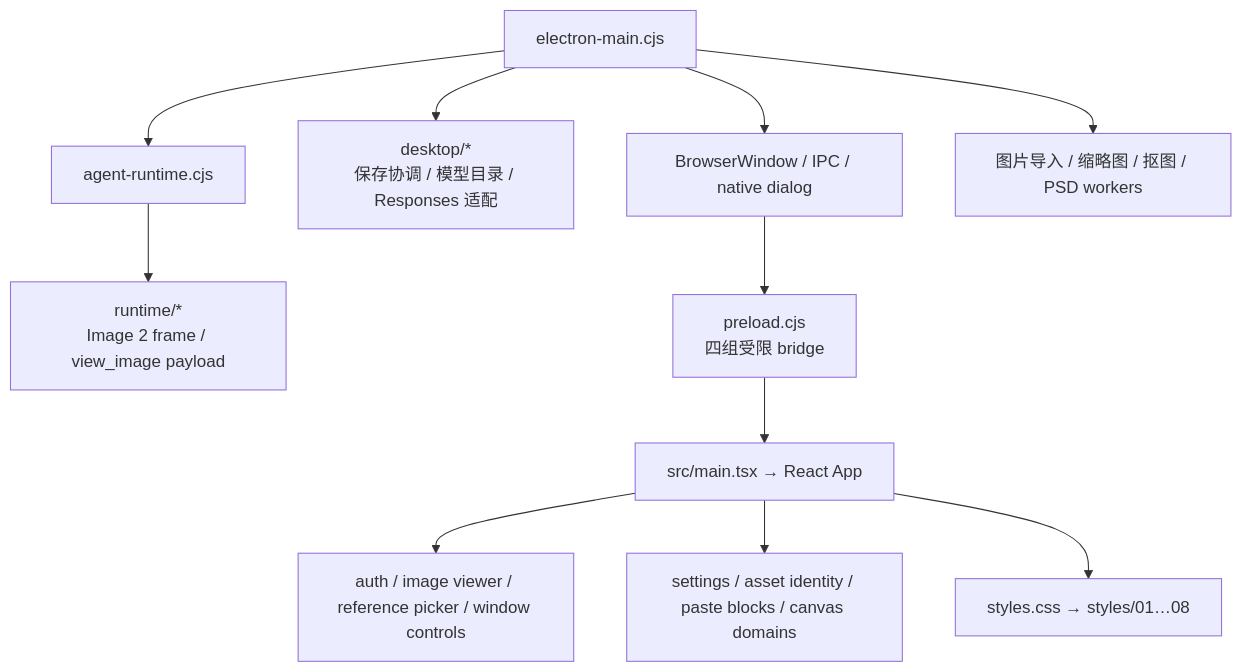
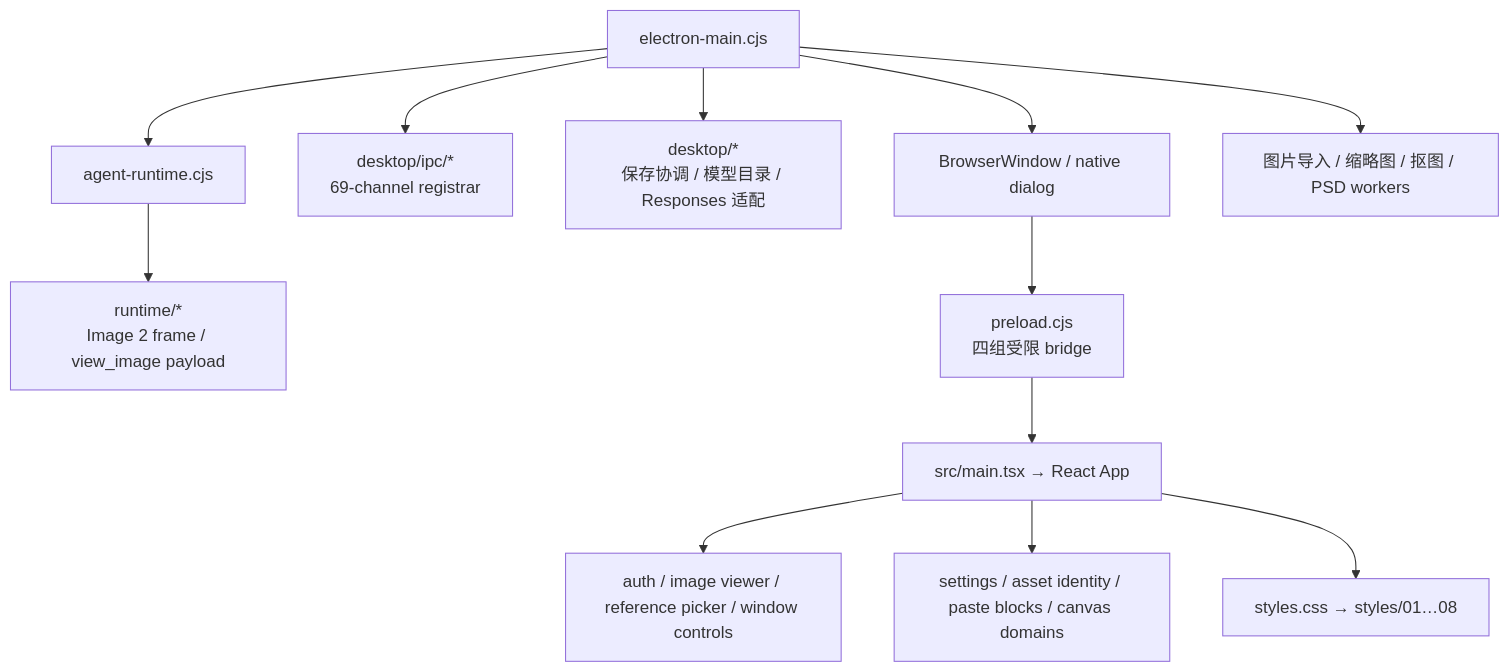
The second of 2 diagrams in WORKSPACE_CONTEXT_MAP.md (naMeaning/SparkAI-WorkSpace), drawn with Mermaid before and after one commit. The commit also changed other lines of this file and 12 other files, not shown here.

Commit message:
refactor(studio): isolate desktop IPC registrars

````diff
--- a/WORKSPACE_CONTEXT_MAP.md
+++ b/WORKSPACE_CONTEXT_MAP.md
@@ -48,13 +48,14 @@
 ```mermaid
 flowchart TD
-  Entry["electron-main.cjs"] --> Window["BrowserWindow / IPC / native dialog"]
+  Entry["electron-main.cjs"] --> Window["BrowserWindow / native dialog"]
+  Entry --> Ipc["desktop/ipc/*\n69-channel registrar"]
   Entry --> DesktopModules["desktop/*\n保存协调 / 模型目录 / Responses 适配"]
   Entry --> Runtime["agent-runtime.cjs"]
   Runtime --> RuntimeModules["runtime/*\nImage 2 frame / view_image payload"]
   Entry --> Workers["图片导入 / 缩略图 / 抠图 / PSD workers"]
   Window --> Preload["preload.cjs\n四组受限 bridge"]
   Preload --> Renderer["src/main.tsx → React App"]
   Renderer --> SurfaceModules["auth / image viewer / reference picker / window controls"]
   Renderer --> DomainModules["settings / asset identity / paste blocks / canvas domains"]
   Renderer --> Styles["styles.css → styles/01…08"]
 ```
````
